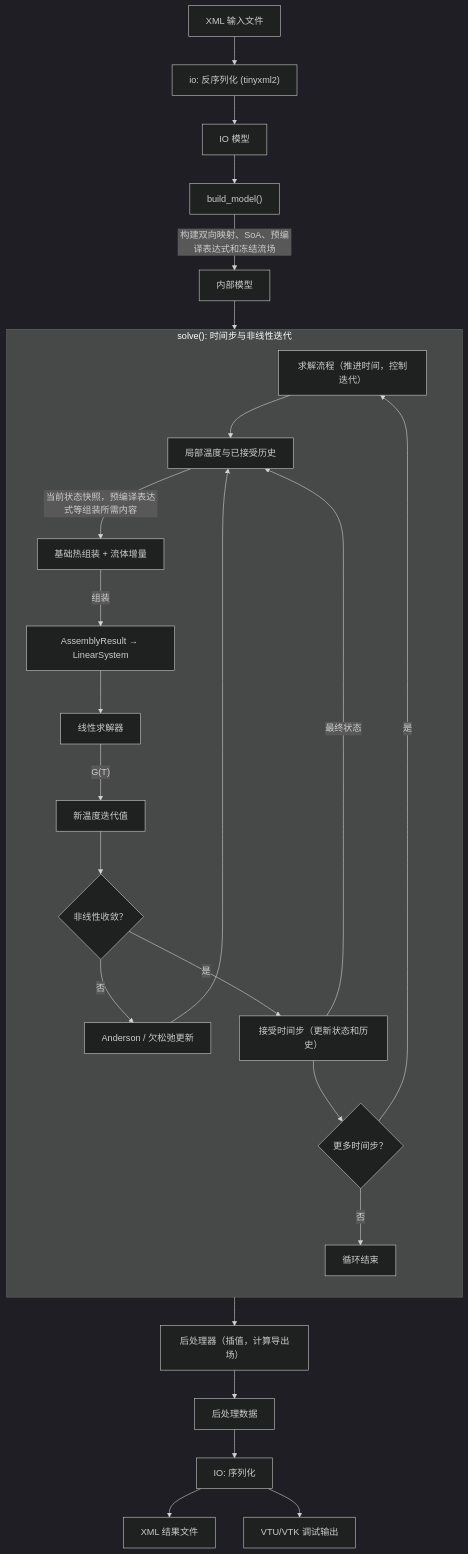
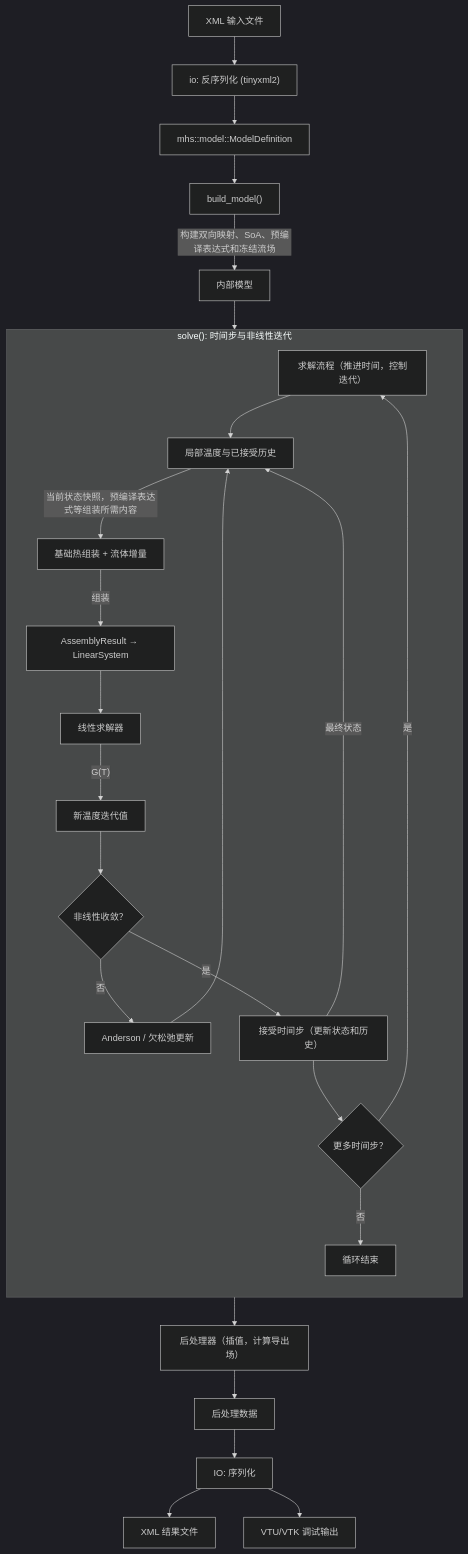
One commit to catyugu/MetaHotspot changed the diagram in README.md. Above: the diagram before and after it, drawn with Mermaid (dark theme). The commit also changed other lines of this file and 46 other files, not shown here.

First line of the commit message:
refactor!: replace authoring model architecture

````diff
--- a/README.md
+++ b/README.md
@@ -43,41 +43,41 @@
 ```mermaid
 flowchart TD
     XML["XML 输入文件"] --> io_read["io: 反序列化 (tinyxml2)"]
-    io_read --> ModelDefinition["IO 模型"]
+    io_read --> ModelDefinition["mhs::model::ModelDefinition"]
     ModelDefinition --> pre["build_model()"]
     pre -- "构建双向映射、SoA、预编译表达式和冻结流场" --> Model["内部模型"]
 
     Model --> sched
 
     subgraph SimulationLoop ["solve(): 时间步与非线性迭代"]
         direction TB
         sched["求解流程（推进时间，控制迭代）"]
         stat["局部温度与已接受历史"]
         assembler["基础热组装 + 流体增量"]
         Asys["AssemblyResult → LinearSystem"]
         solver["线性求解器"]
         Dx["新温度迭代值"]
         converged{"非线性收敛？"}
 
         sched --> stat
         stat -- "当前状态快照，预编译表达式等组装所需内容" --> assembler
         assembler -- "组装" --> Asys
         Asys --> solver
         solver -- "G(T)" --> Dx
         Dx --> converged
 
         converged -- "否" --> update_guess["Anderson / 欠松弛更新"] --> stat
         converged -- "是" --> accept["接受时间步（更新状态和历史）"]
         accept -- "最终状态" --> stat
         accept --> next_time{"更多时间步？"}
         next_time -- "是" --> sched
         next_time -- "否" --> loop_done["循环结束"]
     end
 
     loop_done --> post["后处理器（插值，计算导出场）"]
     post --> Pdata["后处理数据"]
     Pdata --> io_write["IO: 序列化"]
     io_write --> XMLout["XML 结果文件"]
     io_write --> VTU["VTU/VTK 调试输出"]
 
 ```
````
